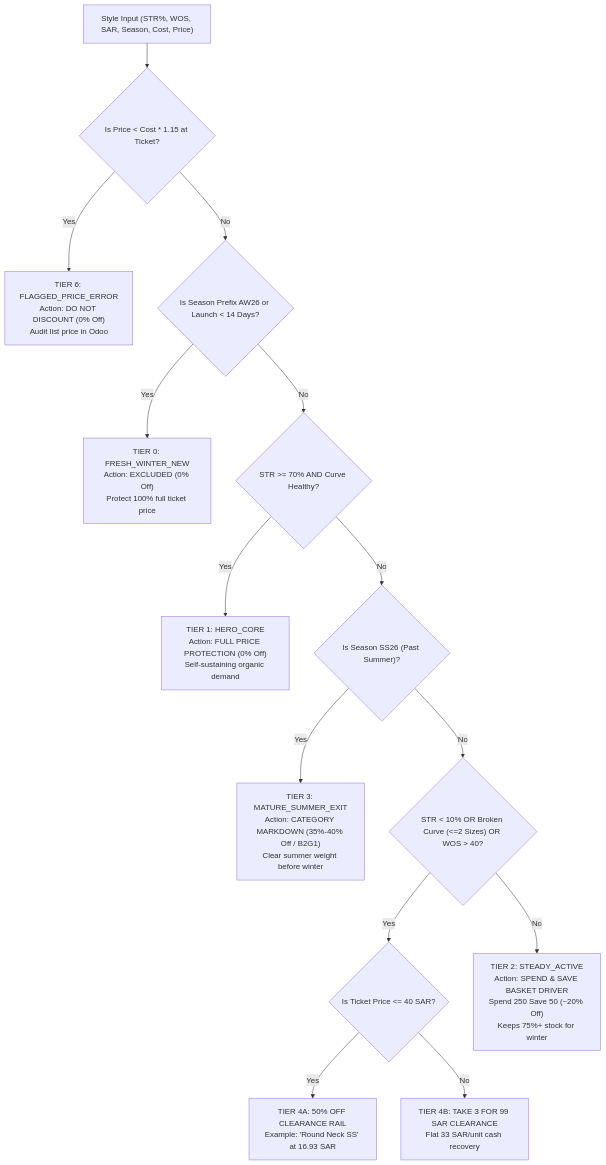
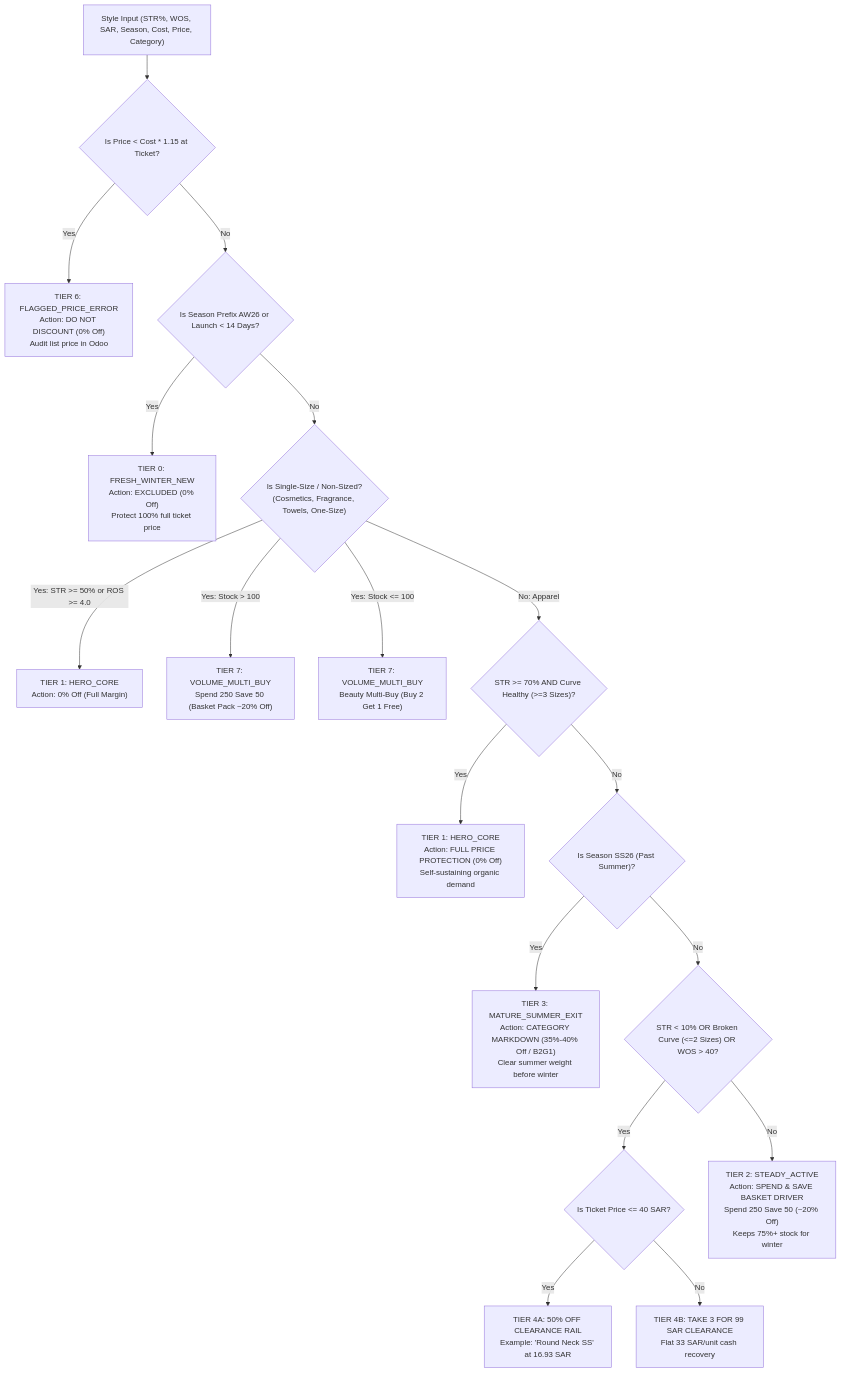
The diagram in CODING_AND_LOGIC_SSOT.md (planningdepartment-lang/carina-discount-planner-ai), drawn with Mermaid before and after one commit. The commit also changed other lines of this file and 6 other files, not shown here.

````diff
--- a/CODING_AND_LOGIC_SSOT.md
+++ b/CODING_AND_LOGIC_SSOT.md
@@ -121,22 +121,28 @@
 ```mermaid
 flowchart TD
-    Start["Style Input (STR%, WOS, SAR, Season, Cost, Price)"] --> Q_Price{"Is Price < Cost * 1.15 at Ticket?"}
+    Start["Style Input (STR%, WOS, SAR, Season, Cost, Price, Category)"] --> Q_Price{"Is Price < Cost * 1.15 at Ticket?"}
     
     Q_Price -->|Yes| T_Flag["TIER 6: FLAGGED_PRICE_ERROR<br>Action: DO NOT DISCOUNT (0% Off)<br>Audit list price in Odoo"]
     Q_Price -->|No| Q_Winter{"Is Season Prefix AW26 or Launch < 14 Days?"}
     
     Q_Winter -->|Yes| T_Winter["TIER 0: FRESH_WINTER_NEW<br>Action: EXCLUDED (0% Off)<br>Protect 100% full ticket price"]
-    Q_Winter -->|No| Q_Hero{"STR >= 70% AND Curve Healthy?"}
+    Q_Winter -->|No| Q_Single{"Is Single-Size / Non-Sized?<br>(Cosmetics, Fragrance, Towels, One-Size)"}
+    
+    Q_Single -->|Yes: STR >= 50% or ROS >= 4.0| T_HeroSingle["TIER 1: HERO_CORE<br>Action: 0% Off (Full Margin)"]
+    Q_Single -->|Yes: Stock > 100| T_BasketSingle["TIER 7: VOLUME_MULTI_BUY<br>Spend 250 Save 50 (Basket Pack ~20% Off)"]
+    Q_Single -->|Yes: Stock <= 100| T_B2G1Single["TIER 7: VOLUME_MULTI_BUY<br>Beauty Multi-Buy (Buy 2 Get 1 Free)"]
+
+    Q_Single -->|No: Apparel| Q_Hero{"STR >= 70% AND Curve Healthy (>=3 Sizes)?"}
     
     Q_Hero -->|Yes| T_Hero["TIER 1: HERO_CORE<br>Action: FULL PRICE PROTECTION (0% Off)<br>Self-sustaining organic demand"]
     Q_Hero -->|No| Q_Summer{"Is Season SS26 (Past Summer)?"}
     
     Q_Summer -->|Yes| T_Summer["TIER 3: MATURE_SUMMER_EXIT<br>Action: CATEGORY MARKDOWN (35%-40% Off / B2G1)<br>Clear summer weight before winter"]
     Q_Summer -->|No| Q_Clearance{"STR < 10% OR Broken Curve (<=2 Sizes) OR WOS > 40?"}
     
     Q_Clearance -->|Yes| Q_Price_Clear{"Is Ticket Price <= 40 SAR?"}
     Q_Clearance -->|No| T_Active["TIER 2: STEADY_ACTIVE<br>Action: SPEND & SAVE BASKET DRIVER<br>Spend 250 Save 50 (~20% Off)<br>Keeps 75%+ stock for winter"]
     
     Q_Price_Clear -->|Yes| T_PctRail["TIER 4A: 50% OFF CLEARANCE RAIL<br>Example: 'Round Neck SS' at 16.93 SAR"]
     Q_Price_Clear -->|No| T_BundleRail["TIER 4B: TAKE 3 FOR 99 SAR CLEARANCE<br>Flat 33 SAR/unit cash recovery"]
 ```
````
